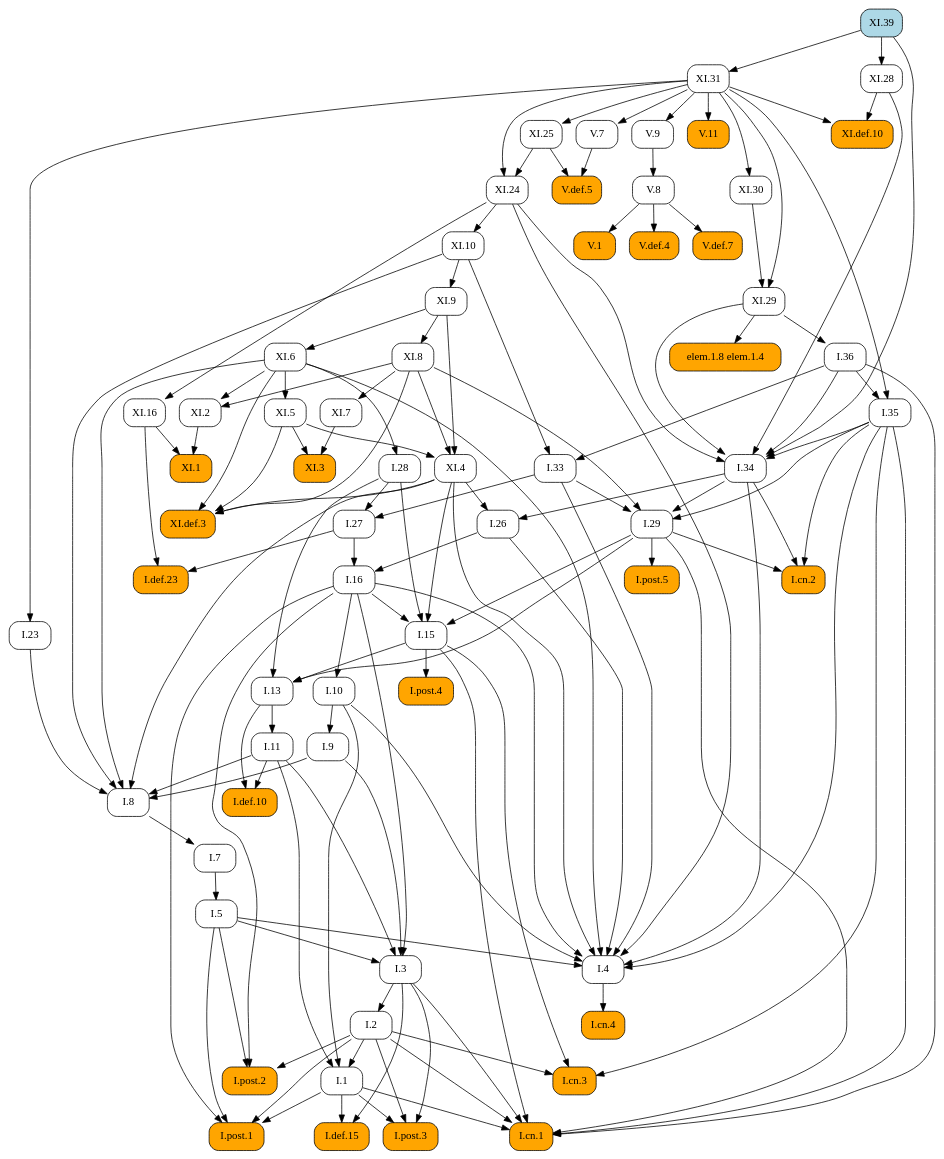
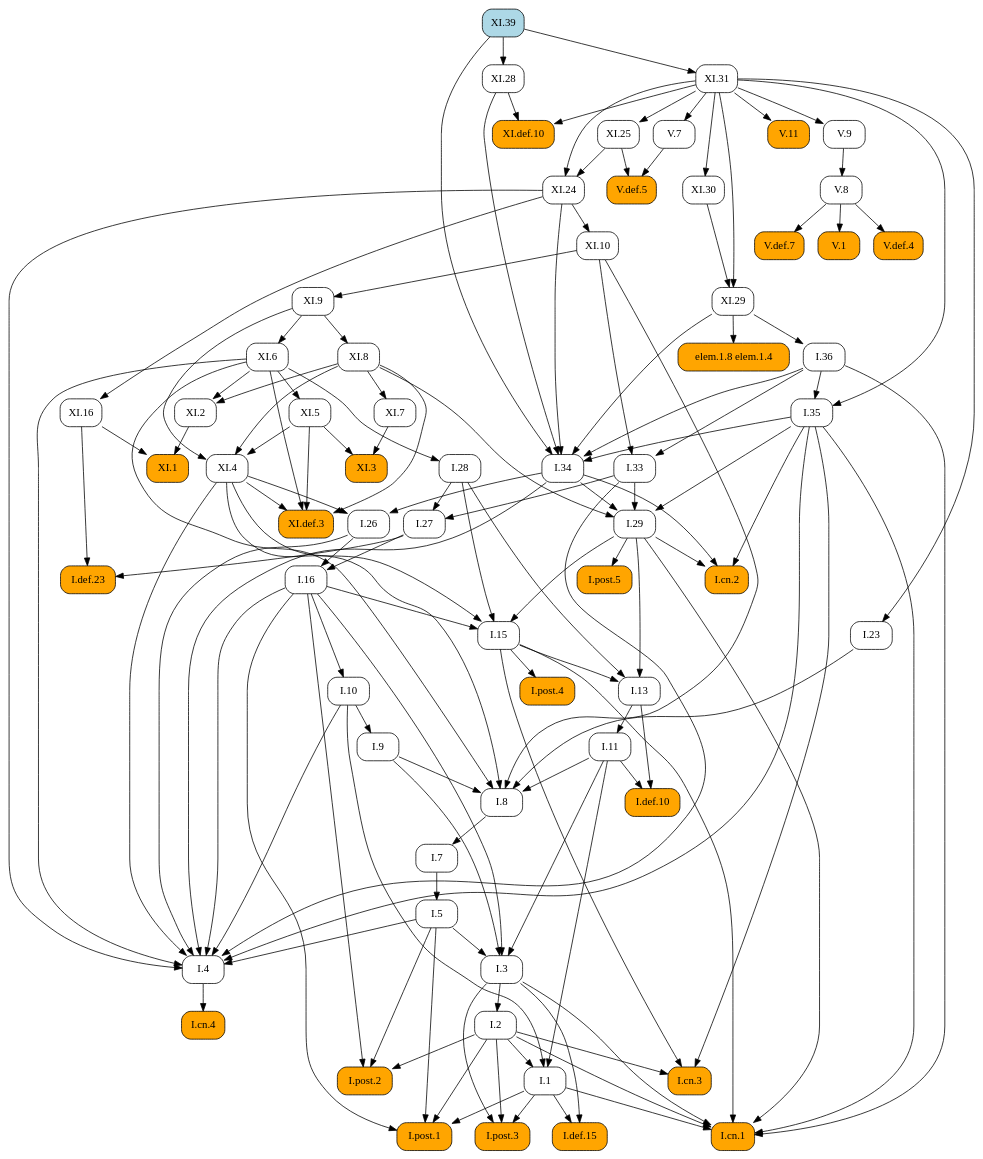
One commit to geometor/elements changed the diagram in docsrc/heath/XI/39/index.rst. Above: the diagram before and after it, drawn with Graphviz. The commit also changed other lines of this file and 484 other files, not shown here.

```diff
--- a/docsrc/heath/XI/39/index.rst
+++ b/docsrc/heath/XI/39/index.rst
@@ -37,105 +37,124 @@
    digraph {
      rankdir="TB";
      node [shape=box, style=rounded];
+     "I.23" [URL="/heath/I/23/", target="_top"];
+     "I.9" [URL="/heath/I/9/", target="_top"];
+     "I.33" [URL="/heath/I/33/", target="_top"];
+     "XI.4" [URL="/heath/XI/4/", target="_top"];
+     "I.def.15" [style="rounded,filled", fillcolor=orange, URL="/heath/I/def.15/", target="_top"];
+     "XI.8" [URL="/heath/XI/8/", target="_top"];
+     "XI.24" [URL="/heath/XI/24/", target="_top"];
+     "V.7" [URL="/heath/V/7/", target="_top"];
+     "XI.6" [URL="/heath/XI/6/", target="_top"];
+     "I.post.3" [style="rounded,filled", fillcolor=orange, URL="/heath/I/post.3/", target="_top"];
+     "I.post.1" [style="rounded,filled", fillcolor=orange, URL="/heath/I/post.1/", target="_top"];
+     "V.def.5" [style="rounded,filled", fillcolor=orange, URL="/heath/V/def.5/", target="_top"];
+     "XI.3" [style="rounded,filled", fillcolor=orange, URL="/heath/XI/3/", target="_top"];
+     "V.9" [URL="/heath/V/9/", target="_top"];
+     "XI.def.10" [style="rounded,filled", fillcolor=orange, URL="/heath/XI/def.10/", target="_top"];
      "I.def.10" [style="rounded,filled", fillcolor=orange, URL="/heath/I/def.10/", target="_top"];
+     "XI.def.3" [style="rounded,filled", fillcolor=orange, URL="/heath/XI/def.3/", target="_top"];
+     "XI.10" [URL="/heath/XI/10/", target="_top"];
+     "elem.1.8 elem.1.4" [style="rounded,filled", fillcolor=orange];
+     "I.27" [URL="/heath/I/27/", target="_top"];
+     "V.11" [style="rounded,filled", fillcolor=orange, URL="/heath/V/11/", target="_top"];
+     "I.34" [URL="/heath/I/34/", target="_top"];
+     "XI.2" [URL="/heath/XI/2/", target="_top"];
+     "I.3" [URL="/heath/I/3/", target="_top"];
+     "V.def.4" [style="rounded,filled", fillcolor=orange, URL="/heath/V/def.4/", target="_top"];
+     "XI.7" [URL="/heath/XI/7/", target="_top"];
+     "I.35" [URL="/heath/I/35/", target="_top"];
+     "I.cn.1" [style="rounded,filled", fillcolor=orange, URL="/heath/I/cn.1/", target="_top"];
+     "XI.39" [style="rounded,filled", fillcolor=lightblue, URL="/heath/XI/39/", target="_top"];
+     "I.7" [URL="/heath/I/7/", target="_top"];
+     "V.def.7" [style="rounded,filled", fillcolor=orange, URL="/heath/V/def.7/", target="_top"];
+     "I.2" [URL="/heath/I/2/", target="_top"];
+     "I.36" [URL="/heath/I/36/", target="_top"];
+     "I.13" [URL="/heath/I/13/", target="_top"];
+     "I.post.4" [style="rounded,filled", fillcolor=orange, URL="/heath/I/post.4/", target="_top"];
+     "I.4" [URL="/heath/I/4/", target="_top"];
+     "I.1" [URL="/heath/I/1/", target="_top"];
+     "XI.16" [URL="/heath/XI/16/", target="_top"];
+     "I.5" [URL="/heath/I/5/", target="_top"];
+     "I.8" [URL="/heath/I/8/", target="_top"];
+     "I.29" [URL="/heath/I/29/", target="_top"];
+     "I.cn.3" [style="rounded,filled", fillcolor=orange, URL="/heath/I/cn.3/", target="_top"];
+     "XI.31" [URL="/heath/XI/31/", target="_top"];
+     "I.16" [URL="/heath/I/16/", target="_top"];
+     "V.8" [URL="/heath/V/8/", target="_top"];
+     "XI.5" [URL="/heath/XI/5/", target="_top"];
+     "I.15" [URL="/heath/I/15/", target="_top"];
+     "XI.29" [URL="/heath/XI/29/", target="_top"];
+     "I.10" [URL="/heath/I/10/", target="_top"];
      "I.11" [URL="/heath/I/11/", target="_top"];
-     "I.post.4" [style="rounded,filled", fillcolor=orange, URL="/heath/I/post.4/", target="_top"];
-     "I.1" [URL="/heath/I/1/", target="_top"];
-     "XI.def.3" [style="rounded,filled", fillcolor=orange, URL="/heath/XI/def.3/", target="_top"];
+     "V.1" [style="rounded,filled", fillcolor=orange, URL="/heath/V/1/", target="_top"];
+     "I.def.23" [style="rounded,filled", fillcolor=orange, URL="/heath/I/def.23/", target="_top"];
+     "XI.9" [URL="/heath/XI/9/", target="_top"];
+     "I.cn.2" [style="rounded,filled", fillcolor=orange, URL="/heath/I/cn.2/", target="_top"];
+     "I.post.5" [style="rounded,filled", fillcolor=orange, URL="/heath/I/post.5/", target="_top"];
+     "XI.28" [URL="/heath/XI/28/", target="_top"];
+     "I.cn.4" [style="rounded,filled", fillcolor=orange, URL="/heath/I/cn.4/", target="_top"];
+     "XI.1" [style="rounded,filled", fillcolor=orange, URL="/heath/XI/1/", target="_top"];
+     "I.post.2" [style="rounded,filled", fillcolor=orange, URL="/heath/I/post.2/", target="_top"];
      "I.28" [URL="/heath/I/28/", target="_top"];
      "I.26" [URL="/heath/I/26/", target="_top"];
-     "XI.7" [URL="/heath/XI/7/", target="_top"];
-     "I.29" [URL="/heath/I/29/", target="_top"];
-     "V.def.5" [style="rounded,filled", fillcolor=orange, URL="/heath/V/def.5/", target="_top"];
-     "I.cn.2" [style="rounded,filled", fillcolor=orange, URL="/heath/I/cn.2/", target="_top"];
-     "XI.9" [URL="/heath/XI/9/", target="_top"];
-     "XI.8" [URL="/heath/XI/8/", target="_top"];
-     "V.11" [style="rounded,filled", fillcolor=orange, URL="/heath/V/11/", target="_top"];
      "XI.30" [URL="/heath/XI/30/", target="_top"];
-     "I.def.15" [style="rounded,filled", fillcolor=orange, URL="/heath/I/def.15/", target="_top"];
-     "I.post.3" [style="rounded,filled", fillcolor=orange, URL="/heath/I/post.3/", target="_top"];
-     "XI.5" [URL="/heath/XI/5/", target="_top"];
-     "XI.1" [style="rounded,filled", fillcolor=orange, URL="/heath/XI/1/", target="_top"];
-     "I.cn.1" [style="rounded,filled", fillcolor=orange, URL="/heath/I/cn.1/", target="_top"];
-     "I.cn.3" [style="rounded,filled", fillcolor=orange, URL="/heath/I/cn.3/", target="_top"];
-     "V.7" [URL="/heath/V/7/", target="_top"];
      "XI.25" [URL="/heath/XI/25/", target="_top"];
-     "V.9" [URL="/heath/V/9/", target="_top"];
-     "XI.29" [URL="/heath/XI/29/", target="_top"];
-     "XI.2" [URL="/heath/XI/2/", target="_top"];
-     "I.23" [URL="/heath/I/23/", target="_top"];
-     "I.post.1" [style="rounded,filled", fillcolor=orange, URL="/heath/I/post.1/", target="_top"];
-     "XI.6" [URL="/heath/XI/6/", target="_top"];
-     "I.35" [URL="/heath/I/35/", target="_top"];
-     "XI.16" [URL="/heath/XI/16/", target="_top"];
-     "XI.31" [URL="/heath/XI/31/", target="_top"];
-     "V.8" [URL="/heath/V/8/", target="_top"];
-     "I.36" [URL="/heath/I/36/", target="_top"];
-     "I.27" [URL="/heath/I/27/", target="_top"];
-     "I.7" [URL="/heath/I/7/", target="_top"];
-     "I.34" [URL="/heath/I/34/", target="_top"];
-     "I.3" [URL="/heath/I/3/", target="_top"];
-     "I.2" [URL="/heath/I/2/", target="_top"];
-     "I.4" [URL="/heath/I/4/", target="_top"];
-     "I.def.23" [style="rounded,filled", fillcolor=orange, URL="/heath/I/def.23/", target="_top"];
-     "elem.1.8 elem.1.4" [style="rounded,filled", fillcolor=orange];
-     "I.13" [URL="/heath/I/13/", target="_top"];
-     "I.33" [URL="/heath/I/33/", target="_top"];
-     "I.5" [URL="/heath/I/5/", target="_top"];
-     "XI.28" [URL="/heath/XI/28/", target="_top"];
-     "XI.def.10" [style="rounded,filled", fillcolor=orange, URL="/heath/XI/def.10/", target="_top"];
-     "I.post.2" [style="rounded,filled", fillcolor=orange, URL="/heath/I/post.2/", target="_top"];
-     "V.1" [style="rounded,filled", fillcolor=orange, URL="/heath/V/1/", target="_top"];
-     "I.16" [URL="/heath/I/16/", target="_top"];
-     "I.9" [URL="/heath/I/9/", target="_top"];
-     "I.8" [URL="/heath/I/8/", target="_top"];
-     "I.cn.4" [style="rounded,filled", fillcolor=orange, URL="/heath/I/cn.4/", target="_top"];
-     "V.def.4" [style="rounded,filled", fillcolor=orange, URL="/heath/V/def.4/", target="_top"];
-     "I.15" [URL="/heath/I/15/", target="_top"];
-     "XI.4" [URL="/heath/XI/4/", target="_top"];
-     "XI.24" [URL="/heath/XI/24/", target="_top"];
-     "I.post.5" [style="rounded,filled", fillcolor=orange, URL="/heath/I/post.5/", target="_top"];
-     "V.def.7" [style="rounded,filled", fillcolor=orange, URL="/heath/V/def.7/", target="_top"];
-     "I.10" [URL="/heath/I/10/", target="_top"];
-     "XI.39" [style="rounded,filled", fillcolor=lightblue, URL="/heath/XI/39/", target="_top"];
-     "XI.10" [URL="/heath/XI/10/", target="_top"];
-     "XI.3" [style="rounded,filled", fillcolor=orange, URL="/heath/XI/3/", target="_top"];
+     "XI.31" -> "I.23";
+     "I.10" -> "I.9";
+     "I.36" -> "I.33";
+     "XI.10" -> "I.33";
+     "XI.5" -> "XI.4";
+     "XI.8" -> "XI.4";
+     "XI.9" -> "XI.4";
+     "I.1" -> "I.def.15";
+     "I.3" -> "I.def.15";
+     "XI.9" -> "XI.8";
+     "XI.25" -> "XI.24";
+     "XI.31" -> "XI.24";
+     "XI.31" -> "V.7";
+     "XI.9" -> "XI.6";
+     "I.1" -> "I.post.3";
+     "I.2" -> "I.post.3";
+     "I.3" -> "I.post.3";
+     "I.1" -> "I.post.1";
+     "I.2" -> "I.post.1";
+     "I.5" -> "I.post.1";
+     "I.16" -> "I.post.1";
+     "V.7" -> "V.def.5";
+     "XI.25" -> "V.def.5";
+     "XI.5" -> "XI.3";
+     "XI.7" -> "XI.3";
+     "XI.31" -> "V.9";
+     "XI.28" -> "XI.def.10";
+     "XI.31" -> "XI.def.10";
      "I.11" -> "I.def.10";
      "I.13" -> "I.def.10";
-     "I.13" -> "I.11";
-     "I.15" -> "I.post.4";
-     "I.2" -> "I.1";
-     "I.10" -> "I.1";
-     "I.11" -> "I.1";
      "XI.4" -> "XI.def.3";
      "XI.5" -> "XI.def.3";
      "XI.6" -> "XI.def.3";
      "XI.8" -> "XI.def.3";
-     "XI.6" -> "I.28";
-     "I.34" -> "I.26";
-     "XI.4" -> "I.26";
+     "XI.24" -> "XI.10";
+     "XI.29" -> "elem.1.8 elem.1.4";
+     "I.28" -> "I.27";
+     "I.33" -> "I.27";
+     "XI.31" -> "V.11";
+     "I.35" -> "I.34";
+     "I.36" -> "I.34";
+     "XI.24" -> "I.34";
+     "XI.28" -> "I.34";
+     "XI.29" -> "I.34";
+     "XI.39" -> "I.34";
+     "XI.6" -> "XI.2";
+     "XI.8" -> "XI.2";
+     "I.5" -> "I.3";
+     "I.9" -> "I.3";
+     "I.11" -> "I.3";
+     "I.16" -> "I.3";
+     "V.8" -> "V.def.4";
      "XI.8" -> "XI.7";
-     "I.33" -> "I.29";
-     "I.34" -> "I.29";
-     "I.35" -> "I.29";
-     "XI.8" -> "I.29";
-     "V.7" -> "V.def.5";
-     "XI.25" -> "V.def.5";
-     "I.29" -> "I.cn.2";
-     "I.34" -> "I.cn.2";
-     "I.35" -> "I.cn.2";
-     "XI.10" -> "XI.9";
-     "XI.9" -> "XI.8";
-     "XI.31" -> "V.11";
-     "XI.31" -> "XI.30";
-     "I.1" -> "I.def.15";
-     "I.3" -> "I.def.15";
-     "I.1" -> "I.post.3";
-     "I.2" -> "I.post.3";
-     "I.3" -> "I.post.3";
-     "XI.6" -> "XI.5";
-     "XI.2" -> "XI.1";
-     "XI.16" -> "XI.1";
+     "I.36" -> "I.35";
+     "XI.31" -> "I.35";
      "I.1" -> "I.cn.1";
      "I.2" -> "I.cn.1";
      "I.3" -> "I.cn.1";
@@ -143,42 +162,14 @@
      "I.29" -> "I.cn.1";
      "I.35" -> "I.cn.1";
      "I.36" -> "I.cn.1";
-     "I.2" -> "I.cn.3";
-     "I.15" -> "I.cn.3";
-     "I.35" -> "I.cn.3";
-     "XI.31" -> "V.7";
-     "XI.31" -> "XI.25";
-     "XI.31" -> "V.9";
-     "XI.30" -> "XI.29";
-     "XI.31" -> "XI.29";
-     "XI.6" -> "XI.2";
-     "XI.8" -> "XI.2";
-     "XI.31" -> "I.23";
-     "I.1" -> "I.post.1";
-     "I.2" -> "I.post.1";
-     "I.5" -> "I.post.1";
-     "I.16" -> "I.post.1";
-     "XI.9" -> "XI.6";
-     "I.36" -> "I.35";
-     "XI.31" -> "I.35";
-     "XI.24" -> "XI.16";
-     "XI.39" -> "XI.31";
-     "V.9" -> "V.8";
+     "I.8" -> "I.7";
+     "V.8" -> "V.def.7";
+     "I.3" -> "I.2";
      "XI.29" -> "I.36";
-     "I.28" -> "I.27";
-     "I.33" -> "I.27";
-     "I.8" -> "I.7";
-     "I.35" -> "I.34";
-     "I.36" -> "I.34";
-     "XI.24" -> "I.34";
-     "XI.28" -> "I.34";
-     "XI.29" -> "I.34";
-     "XI.39" -> "I.34";
-     "I.5" -> "I.3";
-     "I.9" -> "I.3";
-     "I.11" -> "I.3";
-     "I.16" -> "I.3";
-     "I.3" -> "I.2";
+     "I.15" -> "I.13";
+     "I.28" -> "I.13";
+     "I.29" -> "I.13";
+     "I.15" -> "I.post.4";
      "I.5" -> "I.4";
      "I.10" -> "I.4";
      "I.16" -> "I.4";
@@ -189,46 +180,55 @@
      "XI.4" -> "I.4";
      "XI.6" -> "I.4";
      "XI.24" -> "I.4";
-     "I.27" -> "I.def.23";
-     "XI.16" -> "I.def.23";
-     "XI.29" -> "elem.1.8 elem.1.4";
-     "I.15" -> "I.13";
-     "I.28" -> "I.13";
-     "I.29" -> "I.13";
-     "I.36" -> "I.33";
-     "XI.10" -> "I.33";
+     "I.2" -> "I.1";
+     "I.10" -> "I.1";
+     "I.11" -> "I.1";
+     "XI.24" -> "XI.16";
      "I.7" -> "I.5";
-     "XI.39" -> "XI.28";
-     "XI.28" -> "XI.def.10";
-     "XI.31" -> "XI.def.10";
-     "I.2" -> "I.post.2";
-     "I.5" -> "I.post.2";
-     "I.16" -> "I.post.2";
-     "V.8" -> "V.1";
-     "I.26" -> "I.16";
-     "I.27" -> "I.16";
-     "I.10" -> "I.9";
      "I.9" -> "I.8";
      "I.11" -> "I.8";
      "I.23" -> "I.8";
      "XI.4" -> "I.8";
      "XI.6" -> "I.8";
      "XI.10" -> "I.8";
-     "I.4" -> "I.cn.4";
-     "V.8" -> "V.def.4";
+     "I.33" -> "I.29";
+     "I.34" -> "I.29";
+     "I.35" -> "I.29";
+     "XI.8" -> "I.29";
+     "I.2" -> "I.cn.3";
+     "I.15" -> "I.cn.3";
+     "I.35" -> "I.cn.3";
+     "XI.39" -> "XI.31";
+     "I.26" -> "I.16";
+     "I.27" -> "I.16";
+     "V.9" -> "V.8";
+     "XI.6" -> "XI.5";
      "I.16" -> "I.15";
      "I.28" -> "I.15";
      "I.29" -> "I.15";
      "XI.4" -> "I.15";
-     "XI.5" -> "XI.4";
-     "XI.8" -> "XI.4";
-     "XI.9" -> "XI.4";
-     "XI.25" -> "XI.24";
-     "XI.31" -> "XI.24";
+     "XI.30" -> "XI.29";
+     "XI.31" -> "XI.29";
+     "I.16" -> "I.10";
+     "I.13" -> "I.11";
+     "V.8" -> "V.1";
+     "I.27" -> "I.def.23";
+     "XI.16" -> "I.def.23";
+     "XI.10" -> "XI.9";
+     "I.29" -> "I.cn.2";
+     "I.34" -> "I.cn.2";
+     "I.35" -> "I.cn.2";
      "I.29" -> "I.post.5";
-     "V.8" -> "V.def.7";
-     "I.16" -> "I.10";
-     "XI.24" -> "XI.10";
-     "XI.5" -> "XI.3";
-     "XI.7" -> "XI.3";
+     "XI.39" -> "XI.28";
+     "I.4" -> "I.cn.4";
+     "XI.2" -> "XI.1";
+     "XI.16" -> "XI.1";
+     "I.2" -> "I.post.2";
+     "I.5" -> "I.post.2";
+     "I.16" -> "I.post.2";
+     "XI.6" -> "I.28";
+     "I.34" -> "I.26";
+     "XI.4" -> "I.26";
+     "XI.31" -> "XI.30";
+     "XI.31" -> "XI.25";
    }
```
